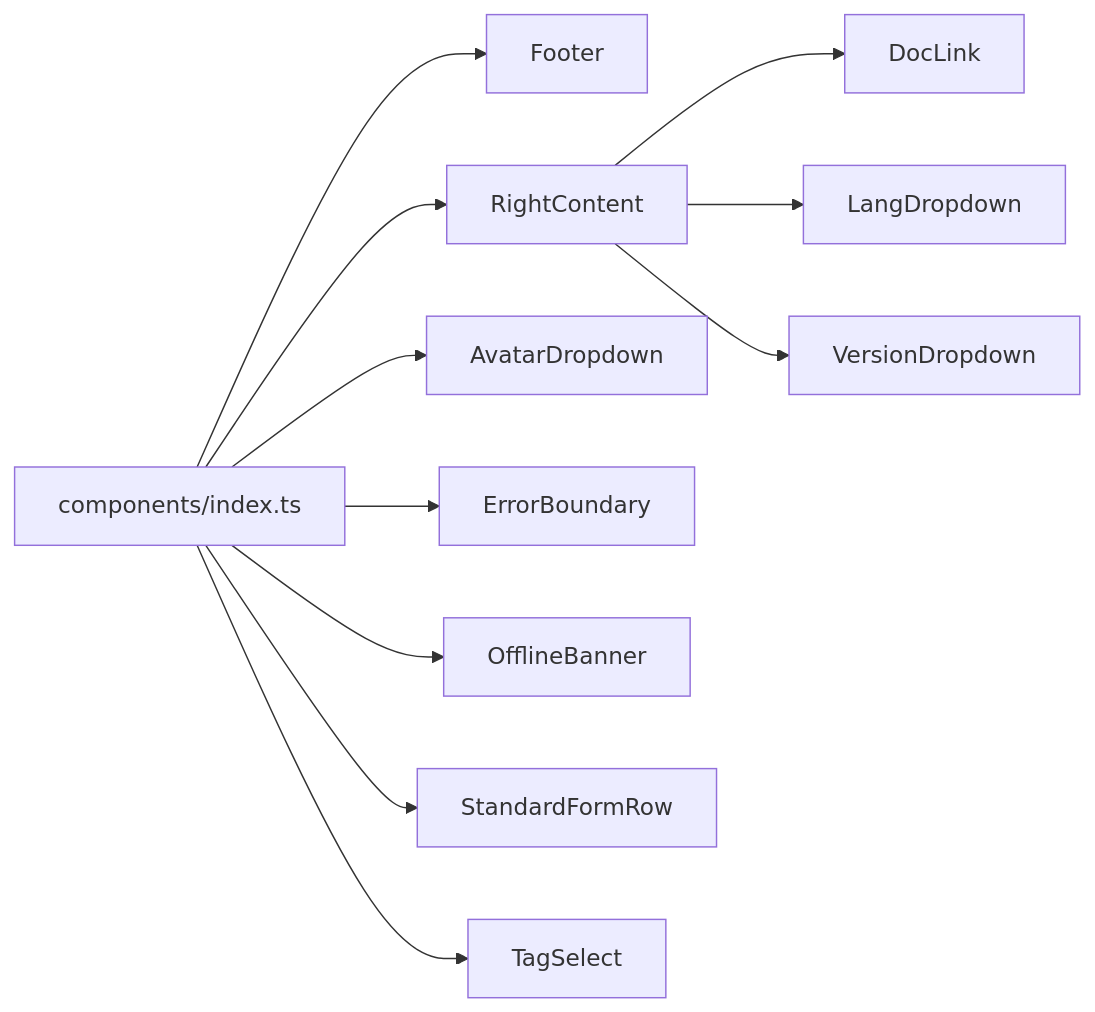
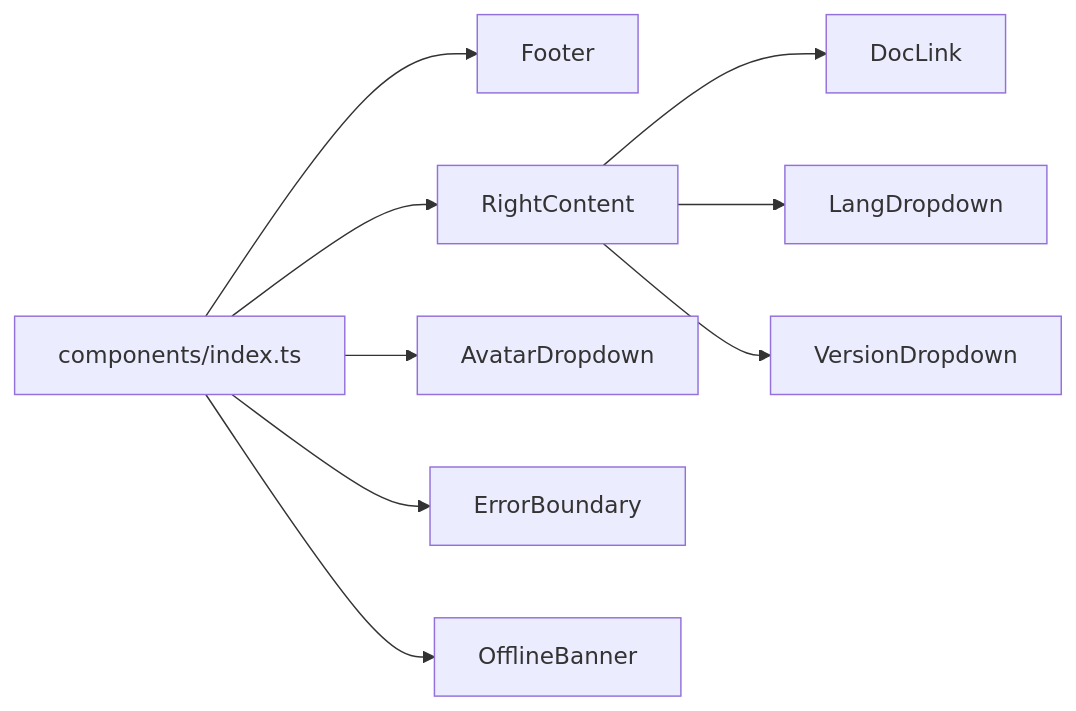
The sixth of 9 diagrams in .qoder/repowiki/zh/content/前端应用/管理端 Web 应用.md (good-zheng/po), drawn with Mermaid before and after one commit. The commit also changed other lines of this file and 40 other files, not shown here.

````diff
--- a/.qoder/repowiki/zh/content/前端应用/管理端 Web 应用.md
+++ b/.qoder/repowiki/zh/content/前端应用/管理端 Web 应用.md
@@ -222,13 +231,11 @@
 ```mermaid
 graph LR
 Index["components/index.ts"] --> Footer["Footer"]
 Index --> RightContent["RightContent"]
 RightContent --> DocLink["DocLink"]
 RightContent --> LangDropdown["LangDropdown"]
 RightContent --> VersionDropdown["VersionDropdown"]
 Index --> AvatarDropdown["AvatarDropdown"]
 Index --> ErrorBoundary["ErrorBoundary"]
 Index --> OfflineBanner["OfflineBanner"]
-Index --> StandardFormRow["StandardFormRow"]
-Index --> TagSelect["TagSelect"]
 ```
````
